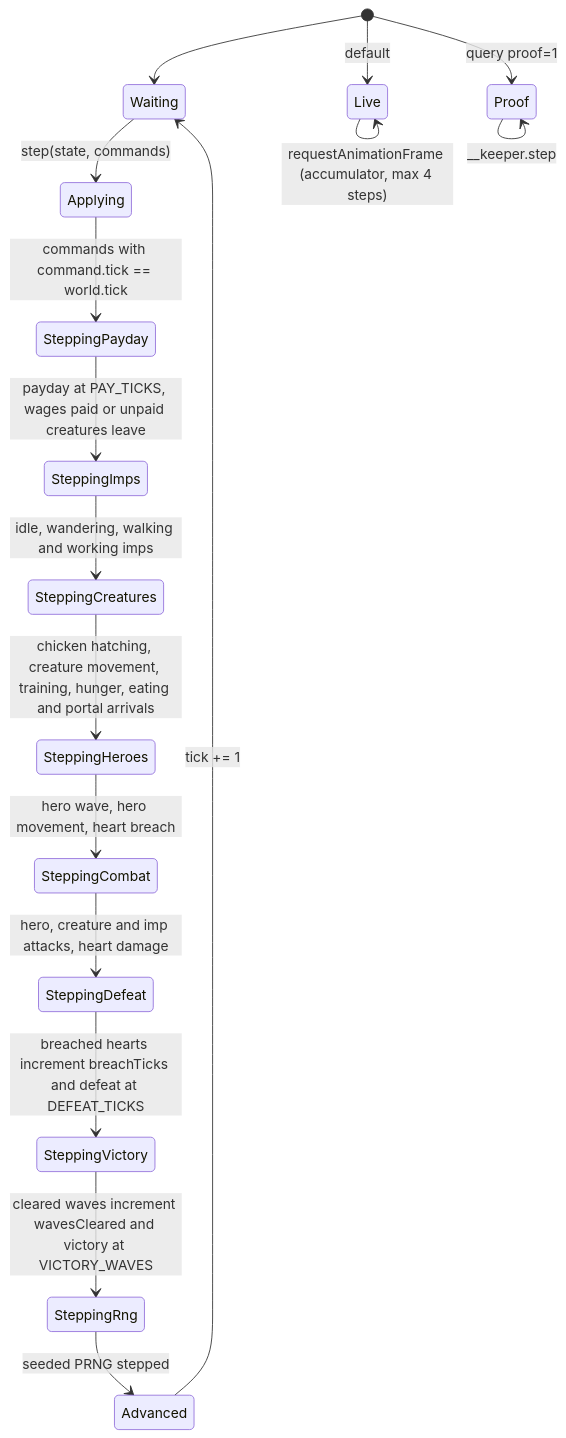
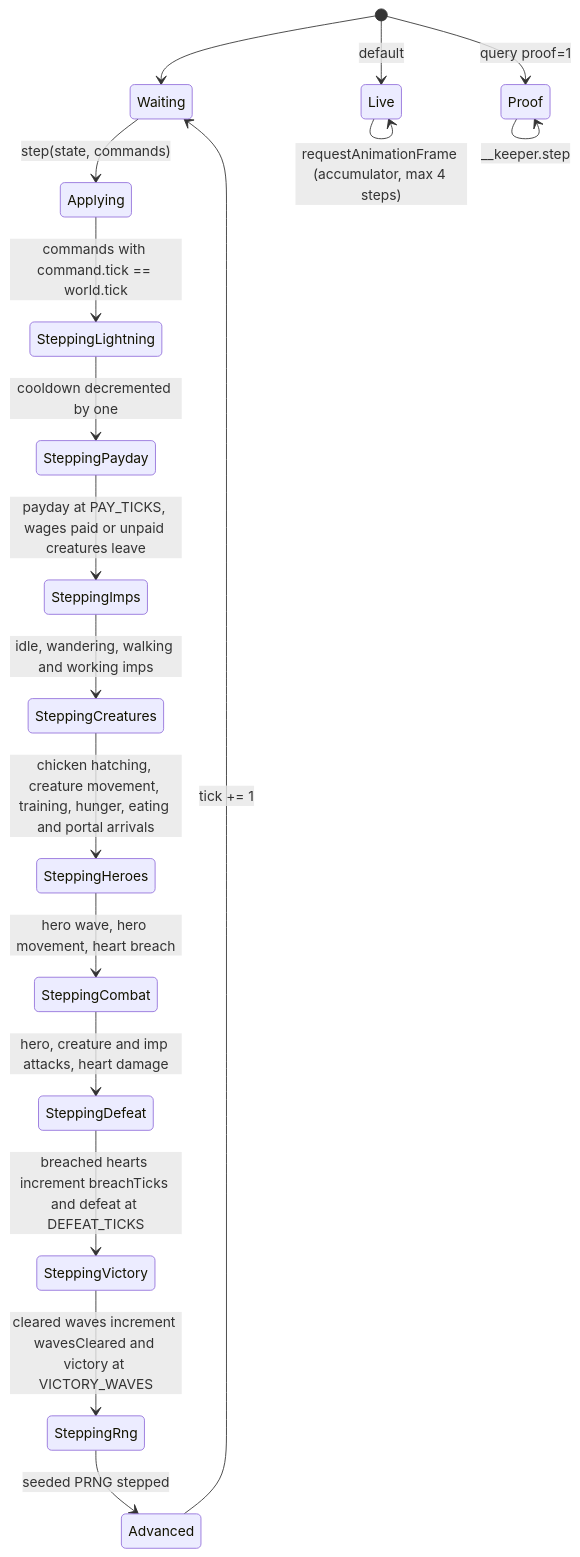
One commit to jmporchet/keeper changed the tenth of 10 diagrams in docs/design.md. Above: the diagram before and after it, drawn with Mermaid. The commit also changed other lines of this file and 17 other files, not shown here.

Commit message:
Spell lightning: castLightning for gold, damage and cooldown (#49) (#61)

````diff
--- a/docs/design.md
+++ b/docs/design.md
@@ -419,19 +421,20 @@
 ```mermaid
 stateDiagram-v2
     [*] --> Waiting
     Waiting --> Applying: step(state, commands)
-    Applying --> SteppingPayday: commands with command.tick == world.tick
+    Applying --> SteppingLightning: commands with command.tick == world.tick
+    SteppingLightning --> SteppingPayday: cooldown decremented by one
     SteppingPayday --> SteppingImps: payday at PAY_TICKS, wages paid or unpaid creatures leave
     SteppingImps --> SteppingCreatures: idle, wandering, walking and working imps
     SteppingCreatures --> SteppingHeroes: chicken hatching, creature movement, training, hunger, eating and portal arrivals
     SteppingHeroes --> SteppingCombat: hero wave, hero movement, heart breach
     SteppingCombat --> SteppingDefeat: hero, creature and imp attacks, heart damage
     SteppingDefeat --> SteppingVictory: breached hearts increment breachTicks and defeat at DEFEAT_TICKS
     SteppingVictory --> SteppingRng: cleared waves increment wavesCleared and victory at VICTORY_WAVES
     SteppingRng --> Advanced: seeded PRNG stepped
     Advanced --> Waiting: tick += 1
     [*] --> Live: default
     [*] --> Proof: query proof=1
     Live --> Live: requestAnimationFrame (accumulator, max 4 steps)
     Proof --> Proof: __keeper.step
 ```
````
